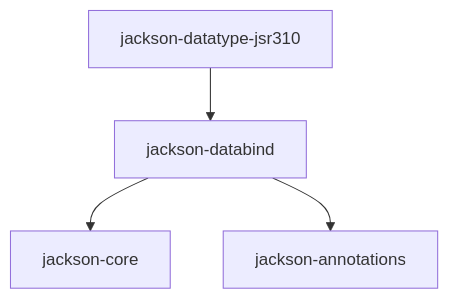
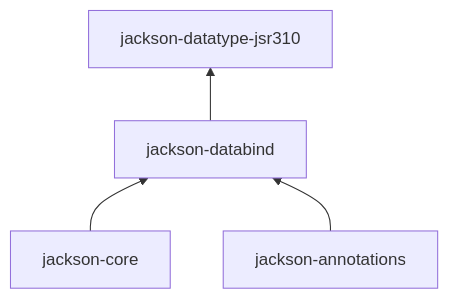
One commit to walkvoid/worknote changed the first of 2 diagrams in doc/other/jackson基础.md. Above: the diagram before and after it, drawn with Mermaid. The commit also changed other lines of this file, not shown here.

````diff
--- a/doc/other/jackson基础.md
+++ b/doc/other/jackson基础.md
@@ -4,6 +4,7 @@
 ```mermaid
-flowchart TD;
-     jackson-databind-->jackson-core;
-     jackson-databind-->jackson-annotations;
-     jackson-datatype-jsr310-->jackson-databind;
+flowchart BT;  
+     jackson-core--> jackson-databind;
+     jackson-databind--> jackson-datatype-jsr310;
+     jackson-annotations-->jackson-databind;
+    
 ```
````
